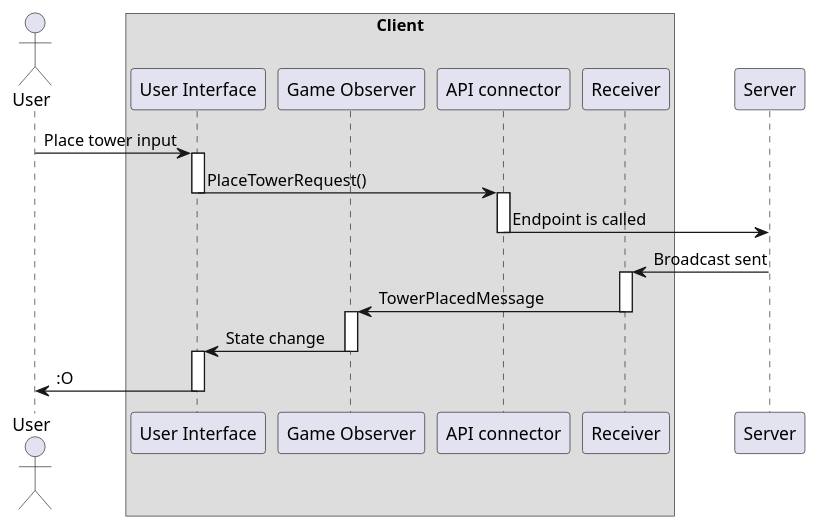
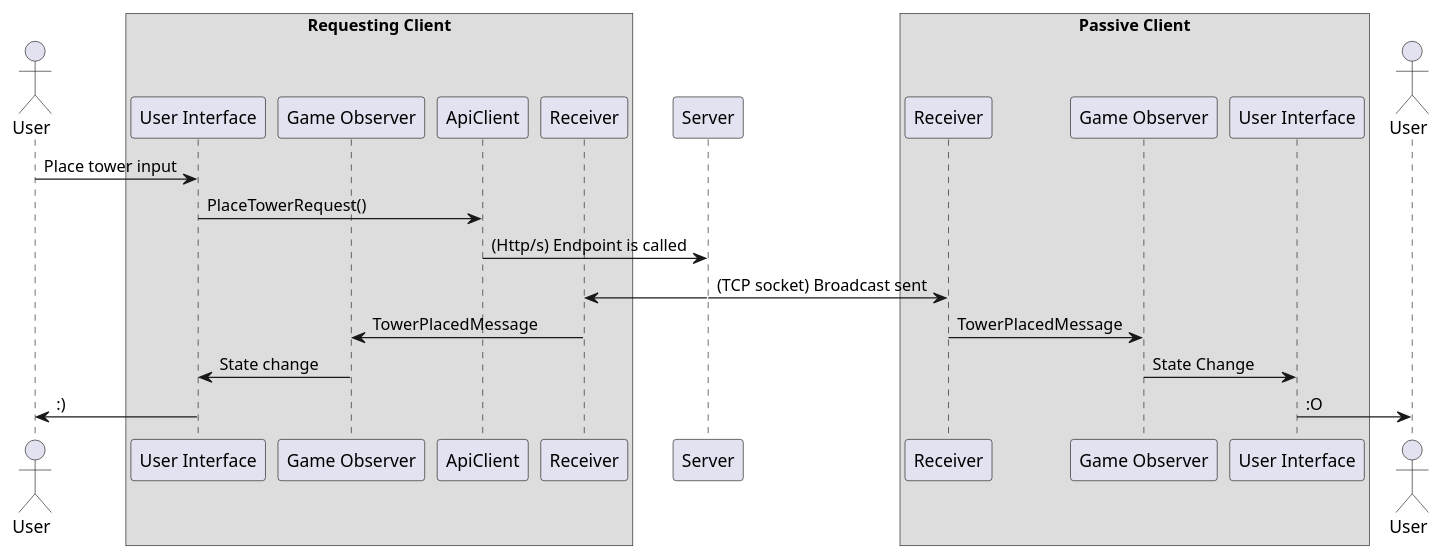
The diagram in Process/Sequence/ClientInput2.puml (SWA-group-1/PlantUML), drawn with PlantUML before and after one commit. The commit also changed 1 other file, not shown here.

Commit message:
Updated clientinput diagram to reflect two clients :O

```diff
--- a/Process/Sequence/ClientInput2.puml
+++ b/Process/Sequence/ClientInput2.puml
@@ -1,37 +1,48 @@
 @startuml
 'https://plantuml.com/sequence-diagram
+!pragma teoz true
 
 actor "User" as user
-box "Client"
+box "Requesting Client"
     participant "User Interface" as ui
     participant "Game Observer" as game
-    participant "API connector" as connector
+    participant "ApiClient" as connector
     participant "Receiver" as receiver
 end box
 participant "Server" as server
 
+box "Passive Client"
+    participant "Receiver" as receiver2
+    participant "Game Observer" as game2
+    participant "User Interface" as ui2
+    'participant "ApiClient" as connector2
+
+end box
+actor "User" as user2
+
 user -> ui : Place tower input
 
-activate ui
 ui -> connector : PlaceTowerRequest()
-deactivate ui
 
-activate connector
-connector -> server : Endpoint is called
-deactivate connector
+connector -> server : (Http/s) Endpoint is called
 
-server -> receiver : Broadcast sent
+server -> receiver :
+&server -> receiver2: (TCP socket) Broadcast sent
 
-activate receiver
 receiver -> game: TowerPlacedMessage
-deactivate receiver
+&receiver2 -> game2: TowerPlacedMessage
 
-activate game
 game -> ui : State change
-deactivate game
+&game2 -> ui2: State Change
 
-activate ui
-ui -> user: :O
-deactivate ui
+ui -> user: :)
+&ui2 -> user2:  :O
+
+
+
+
+
+
+
 
 @enduml
```
